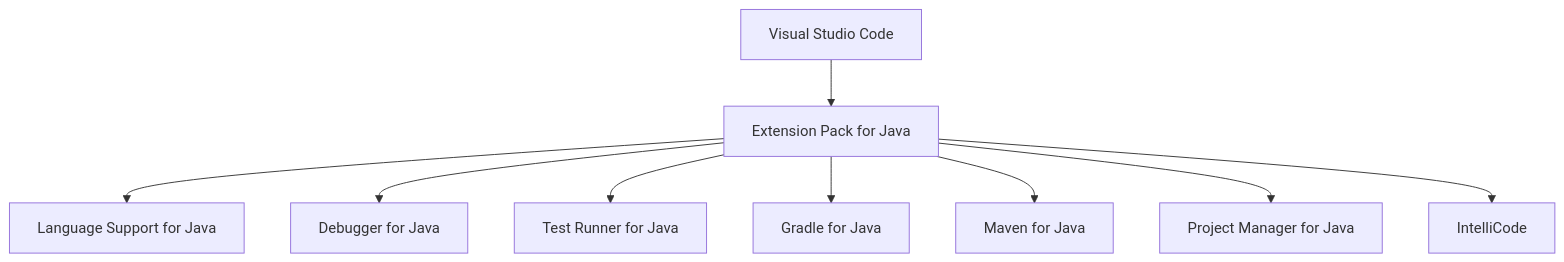
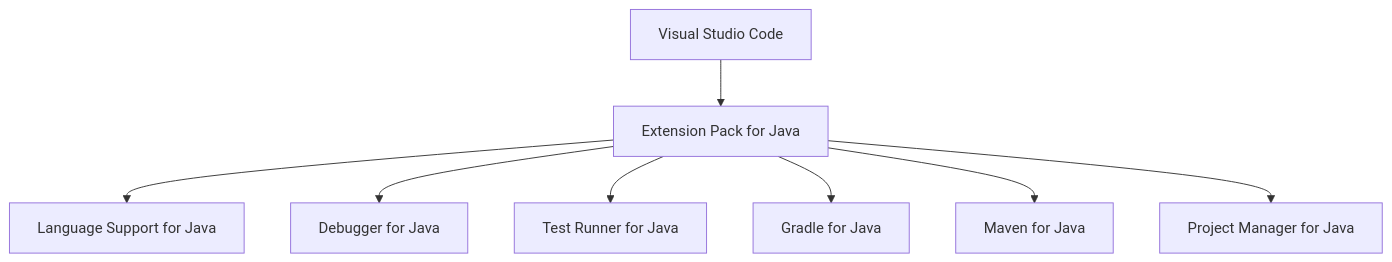
The first of 3 diagrams in docs/01_project_start/02_environment/vscode/java_extension_setup.md (Team-Microserver/microserver-docs), drawn with Mermaid before and after one commit. The commit also changed other lines of this file and 9 other files, not shown here.

````diff
--- a/docs/01_project_start/02_environment/vscode/java_extension_setup.md
+++ b/docs/01_project_start/02_environment/vscode/java_extension_setup.md
@@ -27,13 +27,12 @@
 ```mermaid
 flowchart TB
     VS[Visual Studio Code]
     VS --> PACK[Extension Pack for Java]
 
     PACK --> LANG[Language Support for Java]
     PACK --> DEBUG[Debugger for Java]
     PACK --> TEST[Test Runner for Java]
     PACK --> GRADLE[Gradle for Java]
     PACK --> MAVEN[Maven for Java]
     PACK --> PROJECT[Project Manager for Java]
-    PACK --> INTELLI[IntelliCode]
 ```
````
